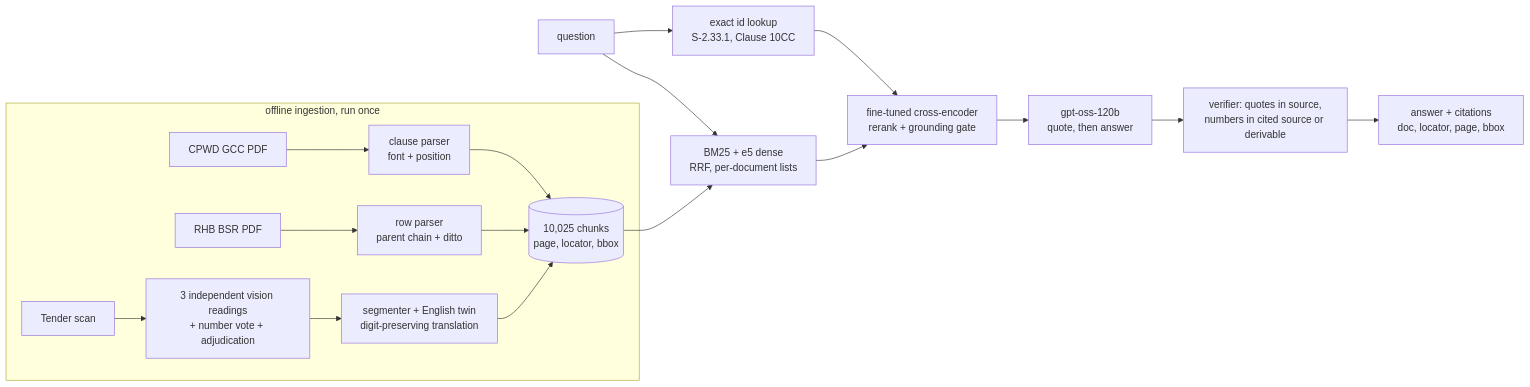
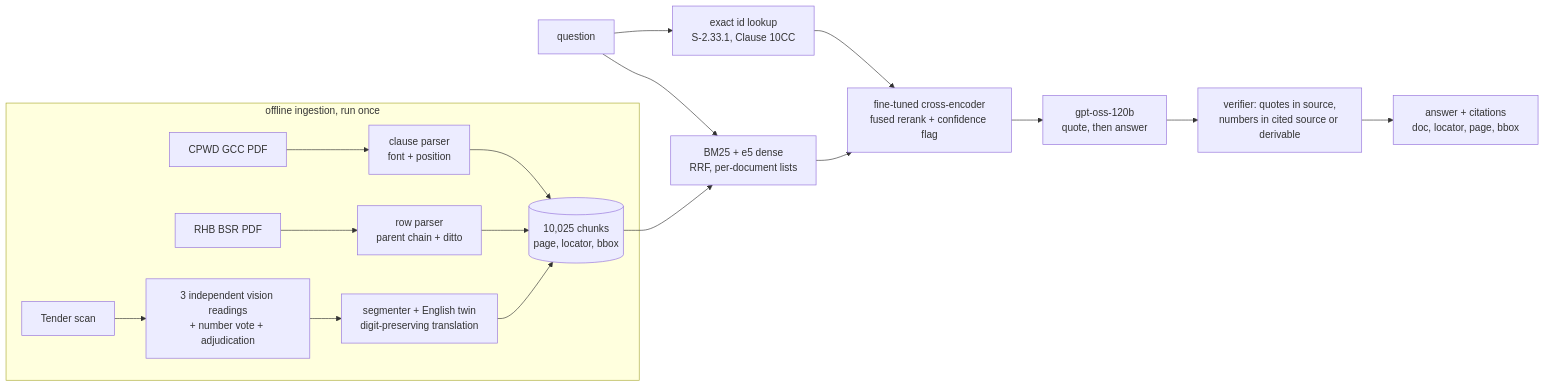
The diagram in DESIGN.md (Umarfarook1/coso-construction-rag), drawn with Mermaid before and after one commit. The commit also changed other lines of this file and 15 other files, not shown here.

````diff
--- a/DESIGN.md
+++ b/DESIGN.md
@@ -25,17 +25,17 @@
 ```mermaid
 flowchart LR
   subgraph Ingest [offline ingestion, run once]
     A1[CPWD GCC PDF] --> P1[clause parser<br/>font + position]
     A2[RHB BSR PDF] --> P2[row parser<br/>parent chain + ditto]
     A3[Tender scan] --> O[3 independent vision readings<br/>+ number vote + adjudication]
     O --> P3[segmenter + English twin<br/>digit-preserving translation]
     P1 & P2 & P3 --> C[(10,025 chunks<br/>page, locator, bbox)]
   end
   Q[question] --> ID[exact id lookup<br/>S-2.33.1, Clause 10CC]
   Q --> R[BM25 + e5 dense<br/>RRF, per-document lists]
   C --> R
-  ID & R --> X[fine-tuned cross-encoder<br/>rerank + grounding gate]
+  ID & R --> X[fine-tuned cross-encoder<br/>fused rerank + confidence flag]
   X --> G[gpt-oss-120b<br/>quote, then answer]
   G --> V[verifier: quotes in source,<br/>numbers in cited source or derivable]
   V --> OUT[answer + citations<br/>doc, locator, page, bbox]
 ```
````
